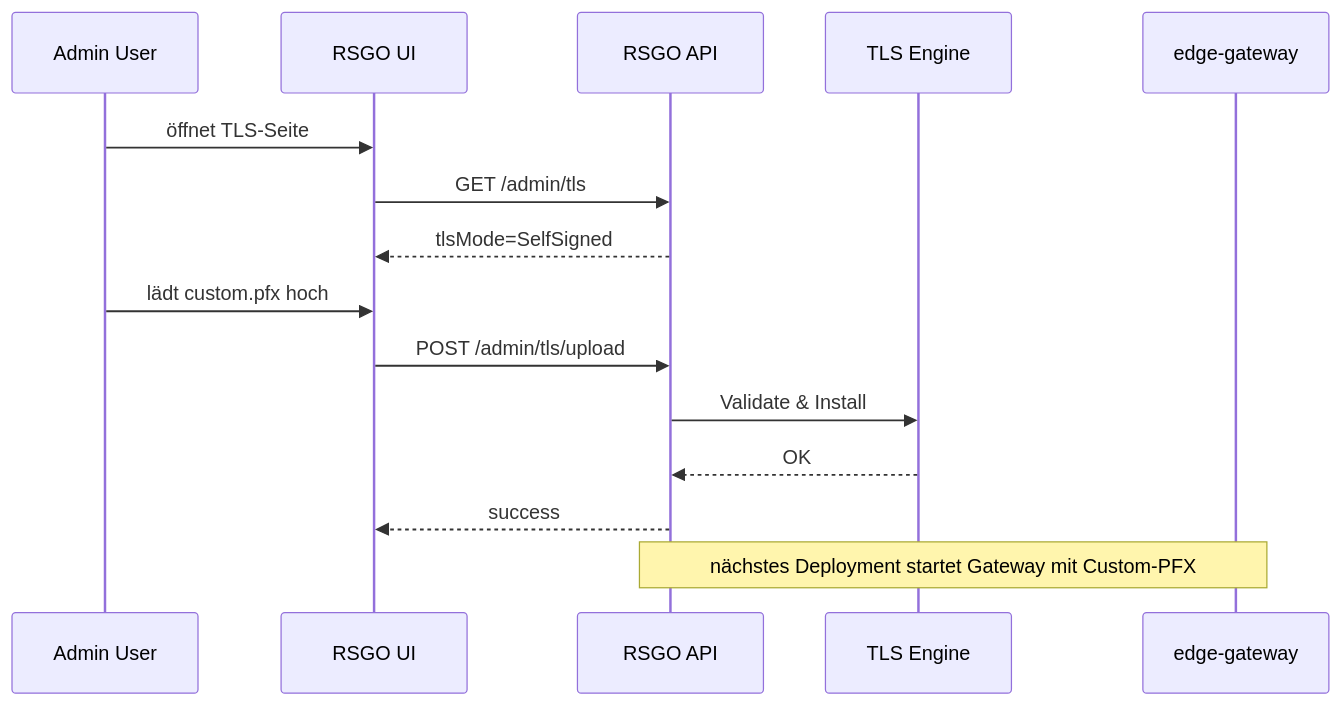
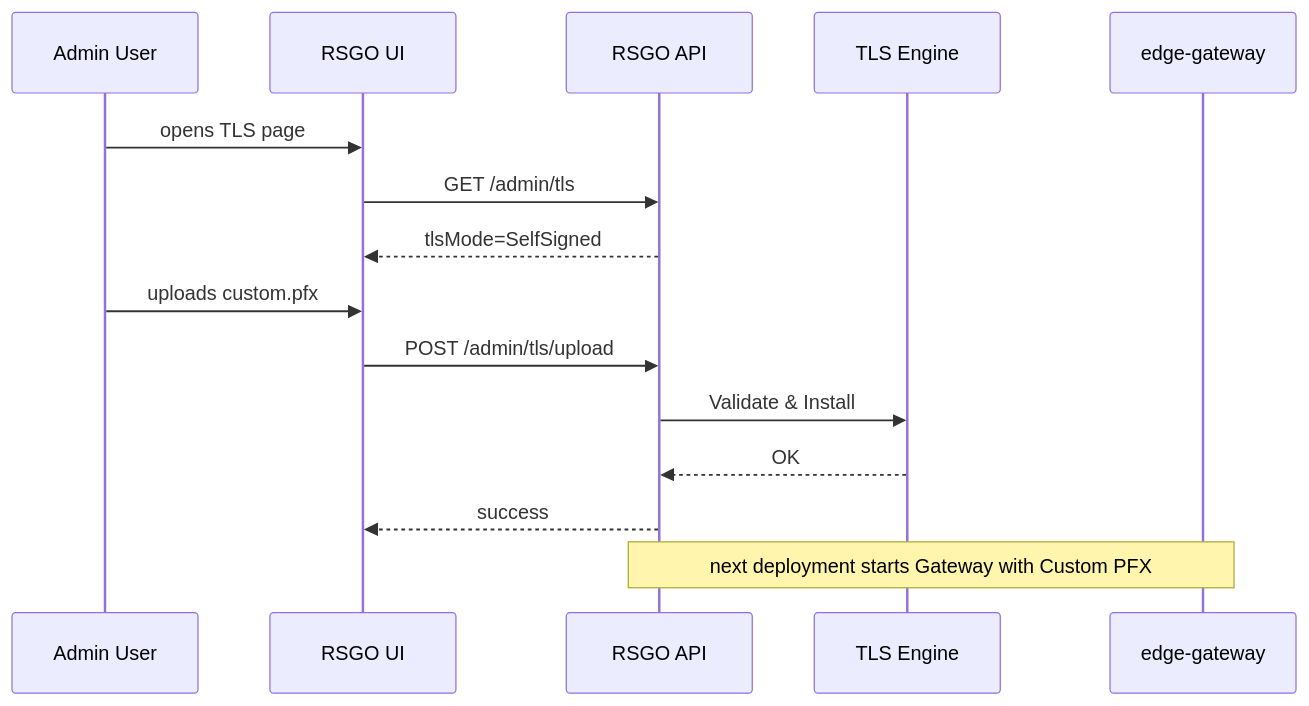
One commit to Wiesenwischer/ReadyStackGo changed the diagram in docs/Security/TLS-Configuration.md. Above: the diagram before and after it, drawn with Mermaid. The commit also changed other lines of this file and 37 other files, not shown here.

````diff
--- a/docs/Security/TLS-Configuration.md
+++ b/docs/Security/TLS-Configuration.md
@@ -57,20 +57,20 @@
 ```mermaid
 sequenceDiagram
     participant Admin as Admin User
     participant UI as RSGO UI
     participant API as RSGO API
     participant TLS as TLS Engine
     participant GW as edge-gateway
 
-    Admin->>UI: öffnet TLS-Seite
+    Admin->>UI: opens TLS page
     UI->>API: GET /admin/tls
     API-->>UI: tlsMode=SelfSigned
 
-    Admin->>UI: lädt custom.pfx hoch
+    Admin->>UI: uploads custom.pfx
     UI->>API: POST /admin/tls/upload
     API->>TLS: Validate & Install
     TLS-->>API: OK
     API-->>UI: success
 
-    Note over API,GW: nächstes Deployment startet Gateway mit Custom-PFX
+    Note over API,GW: next deployment starts Gateway with Custom PFX
 ```
````
